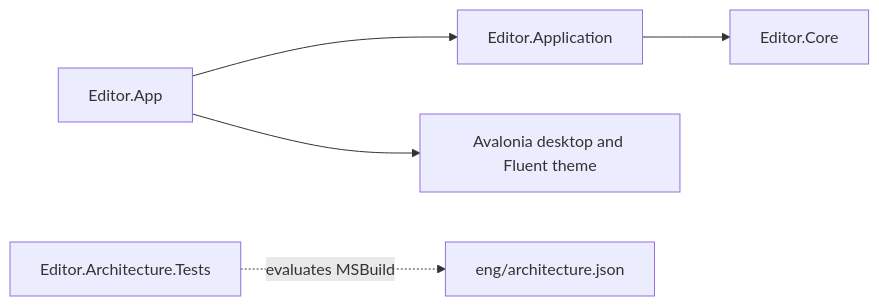
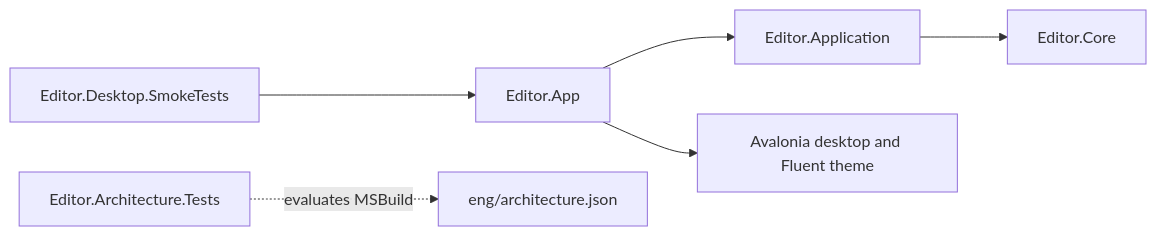
One commit to daniel-kindl/tangopad changed the diagram in docs/architecture.md. Above: the diagram before and after it, drawn with Mermaid. The commit also changed other lines of this file and 20 other files, not shown here.

````diff
--- a/docs/architecture.md
+++ b/docs/architecture.md
@@ -12,7 +12,8 @@
 ```mermaid
 flowchart LR
     App[Editor.App] --> Application[Editor.Application]
     Application --> Core[Editor.Core]
     App --> Avalonia[Avalonia desktop and Fluent theme]
     ArchitectureTests[Editor.Architecture.Tests] -. evaluates MSBuild .-> Policy[eng/architecture.json]
+    SmokeTests[Editor.Desktop.SmokeTests] --> App
 ```
````
